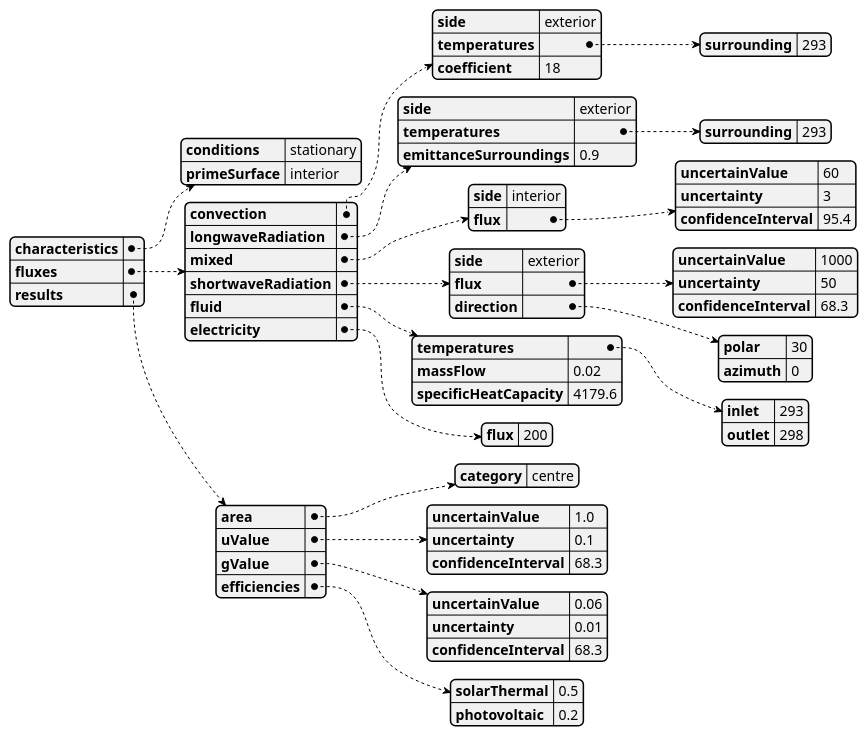
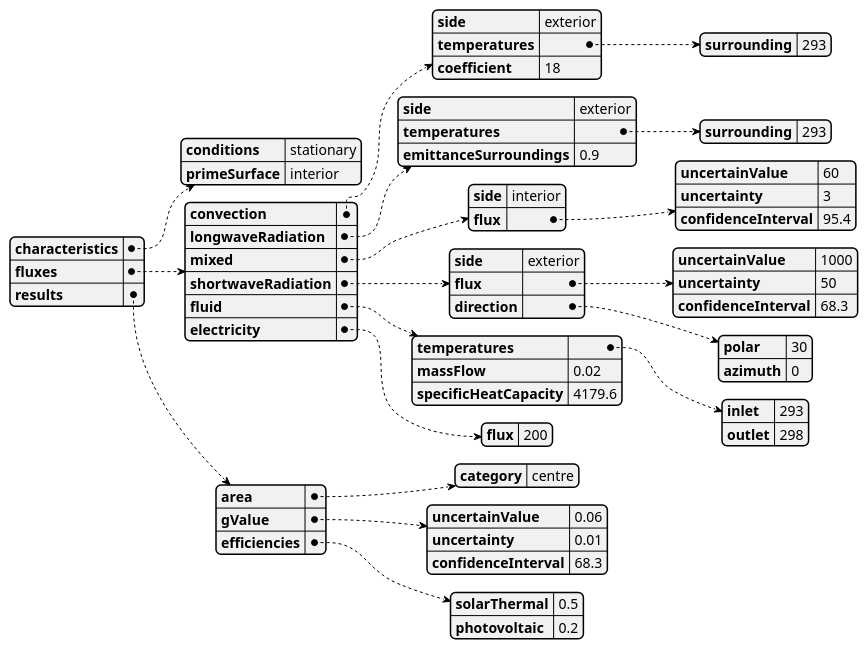
The diagram in docs/diagrams/src/calorimetricData/semiTransparentBipvtDiagram.plantuml (building-envelope-data/api), drawn with PlantUML before and after one commit. The commit also changed 14 other files, not shown here.

Commit message:
Improve the diagram for the calorimetric data set of a semitransparent building-integrated photovoltaic element.

```diff
--- a/docs/diagrams/src/calorimetricData/semiTransparentBipvtDiagram.plantuml
+++ b/docs/diagrams/src/calorimetricData/semiTransparentBipvtDiagram.plantuml
@@ -1,88 +1,91 @@
 @startjson semiTransparentBipvtCalorimetric
 {
   "characteristics": {
     "conditions": "stationary",
     "primeSurface": "interior"
-  },
+  }
+  ,
   "fluxes": {
-    "convection": 
-      {
-        "side": "exterior",
-        "temperatures": {
-          "surrounding": 293
-        },
-        "coefficient": 18
+    "convection":
+    {
+      "side": "exterior",
+      "temperatures": {
+        "surrounding": 293
       }
+      ,
+      "coefficient": 18
+    }
     ,
-    "longwaveRadiation": 
-      {
-        "side": "exterior",
-        "temperatures": {
-          "surrounding": 293
-        },
-        "emittanceSurroundings": 0.9
+    "longwaveRadiation":
+    {
+      "side": "exterior",
+      "temperatures": {
+        "surrounding": 293
       }
+      ,
+      "emittanceSurroundings": 0.9
+    }
     ,
-    "mixed": 
-      {
-        "side": "interior",
-        "flux": {
-          "uncertainValue": 60,
-          "uncertainty": 3,
-          "confidenceInterval": 95.4
-        }
-      }
-    ,
-    "shortwaveRadiation": 
-      {
-        "side": "exterior",
-        "flux": {
-          "uncertainValue": 1000,
-          "uncertainty": 50,
-          "confidenceInterval": 68.3
-        },
-        "direction": {
-          "polar": 30,
-          "azimuth": 0
-        }
-      }
-    ,
-    "fluid": 
-      {
-        "temperatures": {
-          "inlet": 293,
-          "outlet": 298
-        },
-        "massFlow": 0.02,
-        "specificHeatCapacity": 4179.6
-      }
-    ,
-    "electricity": 
-      {
-        "flux": 200
-      }
-    
-  },
-  "results": 
+    "mixed":
     {
-      "area": {
-        "category": "centre"
-      },
-      "uValue": {
-        "uncertainValue": 1.0,
-        "uncertainty": 0.1,
-        "confidenceInterval": 68.3
-      },
-      "gValue": {
-        "uncertainValue": 0.06,
-        "uncertainty": 0.01,
-        "confidenceInterval": 68.3
-      },
-      "efficiencies": {
-        "solarThermal": 0.5,
-        "photovoltaic": 0.2
+      "side": "interior",
+      "flux": {
+        "uncertainValue": 60,
+        "uncertainty": 3,
+        "confidenceInterval": 95.4
       }
     }
-  
+    ,
+    "shortwaveRadiation":
+    {
+      "side": "exterior",
+      "flux": {
+        "uncertainValue": 1000,
+        "uncertainty": 50,
+        "confidenceInterval": 68.3
+      }
+      ,
+      "direction": {
+        "polar": 30,
+        "azimuth": 0
+      }
+    }
+    ,
+    "fluid":
+    {
+      "temperatures": {
+        "inlet": 293,
+        "outlet": 298
+      }
+      ,
+      "massFlow": 0.02,
+      "specificHeatCapacity": 4179.6
+    }
+    ,
+    "electricity":
+    {
+      "flux": 200
+    }
+
+  }
+  ,
+  "results":
+  {
+    "area": {
+      "category": "centre"
+    }
+    ,
+    "gValue": {
+      "uncertainValue": 0.06,
+      "uncertainty": 0.01,
+      "confidenceInterval": 68.3
+    }
+    ,
+    "efficiencies": {
+      "solarThermal": 0.5,
+      "photovoltaic": 0.2
+    }
+  }
+
 }
 @endjson
```
